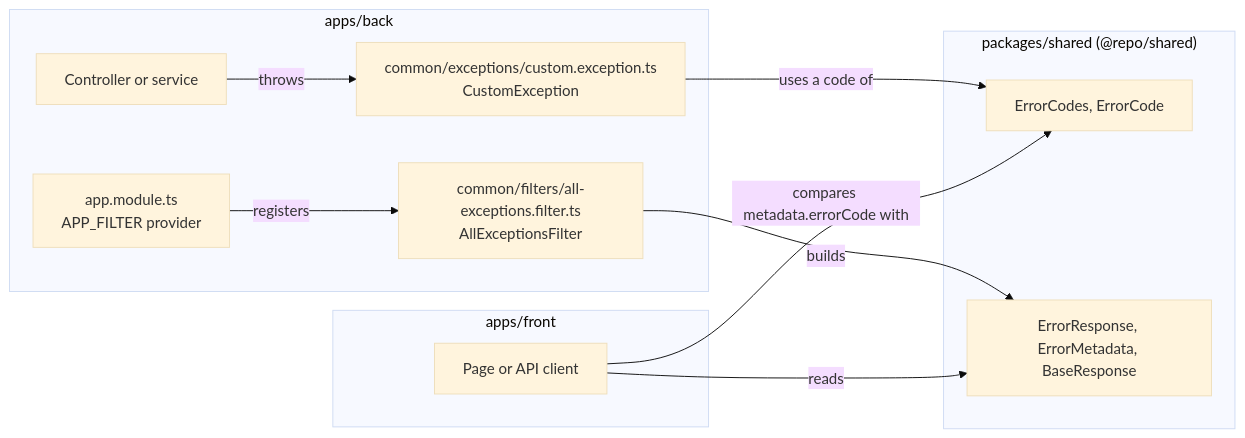
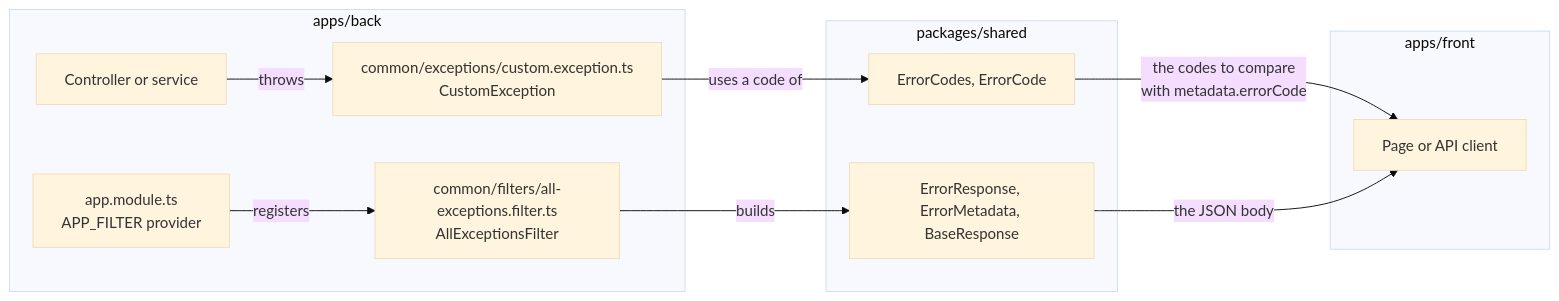
The first of 3 diagrams in docs/error-handling.md (CyberBrainiac/job-search-automation-tool), drawn with Mermaid (base theme) before and after one commit. The commit also changed other lines of this file and 2 other files, not shown here.

First line of the commit message:
docs(root): make all diagrams follow the diagram rules

````diff
--- a/docs/error-handling.md
+++ b/docs/error-handling.md
@@ -11,25 +11,25 @@
 ```mermaid
 flowchart LR
-  subgraph shared["packages/shared (@repo/shared)"]
-    EC["ErrorCodes, ErrorCode"]
-    ER["ErrorResponse, ErrorMetadata, BaseResponse"]
-  end
-
   subgraph back["apps/back"]
     SVC["Controller or service"]
     CE["common/exceptions/custom.exception.ts<br/>CustomException"]
+    AM["app.module.ts<br/>APP_FILTER provider"]
     F["common/filters/all-exceptions.filter.ts<br/>AllExceptionsFilter"]
-    AM["app.module.ts<br/>APP_FILTER provider"]
+  end
+
+  subgraph shared["packages/shared"]
+    EC["ErrorCodes, ErrorCode"]
+    ER["ErrorResponse, ErrorMetadata, BaseResponse"]
   end
 
   subgraph front["apps/front"]
     UI["Page or API client"]
   end
 
   SVC -- "throws" --> CE
   CE -- "uses a code of" --> EC
   AM -- "registers" --> F
   F -- "builds" --> ER
-  UI -- "reads" --> ER
-  UI -- "compares metadata.errorCode with" --> EC
+  EC -- "the codes to compare<br/>with metadata.errorCode" --> UI
+  ER -- "the JSON body" --> UI
 ```
````
